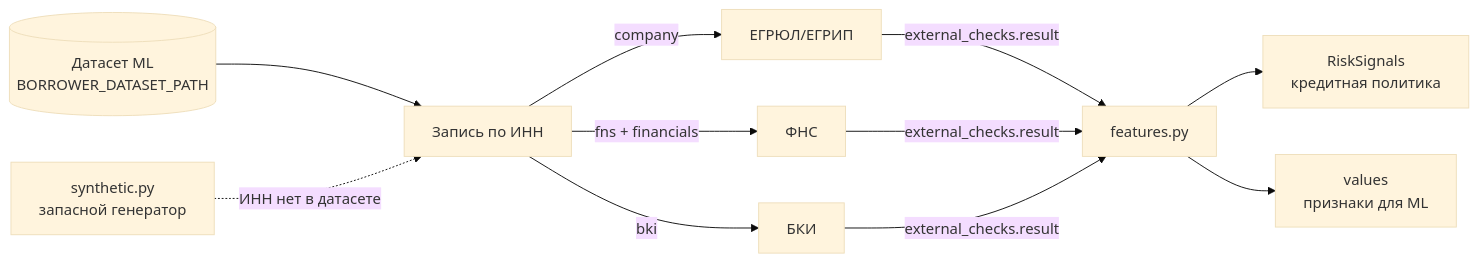
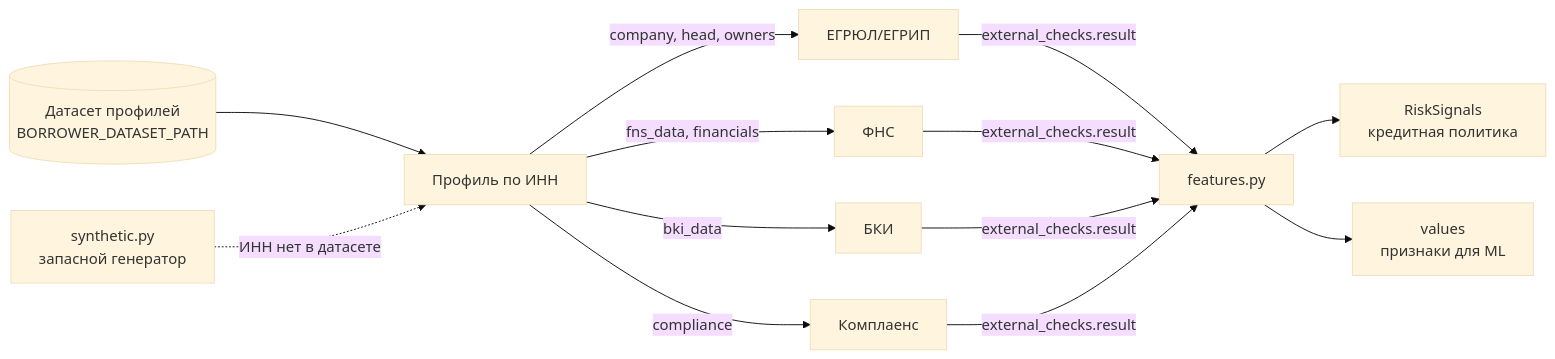
Before and after one commit to makarovaeva/smart-credit-online-office: the diagram in docs/external-sources.md, drawn with Mermaid (base theme). The commit also changed other lines of this file and 27 other files, not shown here.

Commit message:
Switch borrower data to the agreed Borrower Profile format

````diff
--- a/docs/external-sources.md
+++ b/docs/external-sources.md
@@ -12,11 +12,12 @@
 ```mermaid
 flowchart LR
-    DS[(Датасет ML<br/>BORROWER_DATASET_PATH)] --> R[Запись по ИНН]
-    GEN[synthetic.py<br/>запасной генератор] -.->|ИНН нет в датасете| R
-    R -->|company| EGRUL[ЕГРЮЛ/ЕГРИП]
-    R -->|fns + financials| FNS[ФНС]
-    R -->|bki| BKI[БКИ]
-    EGRUL & FNS & BKI -->|external_checks.result| F[features.py]
+    DS[(Датасет профилей<br/>BORROWER_DATASET_PATH)] --> P[Профиль по ИНН]
+    GEN[synthetic.py<br/>запасной генератор] -.->|ИНН нет в датасете| P
+    P -->|company, head, owners| EGRUL[ЕГРЮЛ/ЕГРИП]
+    P -->|fns_data, financials| FNS[ФНС]
+    P -->|bki_data| BKI[БКИ]
+    P -->|compliance| CMP[Комплаенс]
+    EGRUL & FNS & BKI & CMP -->|external_checks.result| F[features.py]
     F --> RS[RiskSignals<br/>кредитная политика]
     F --> ML[values<br/>признаки для ML]
 ```
````
